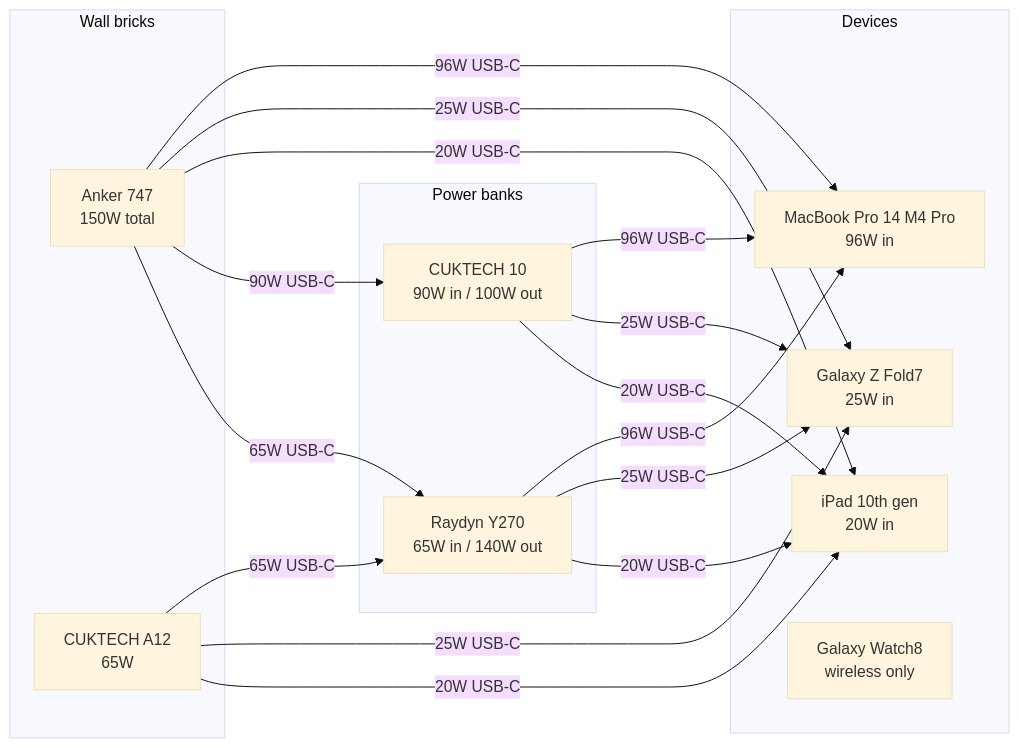
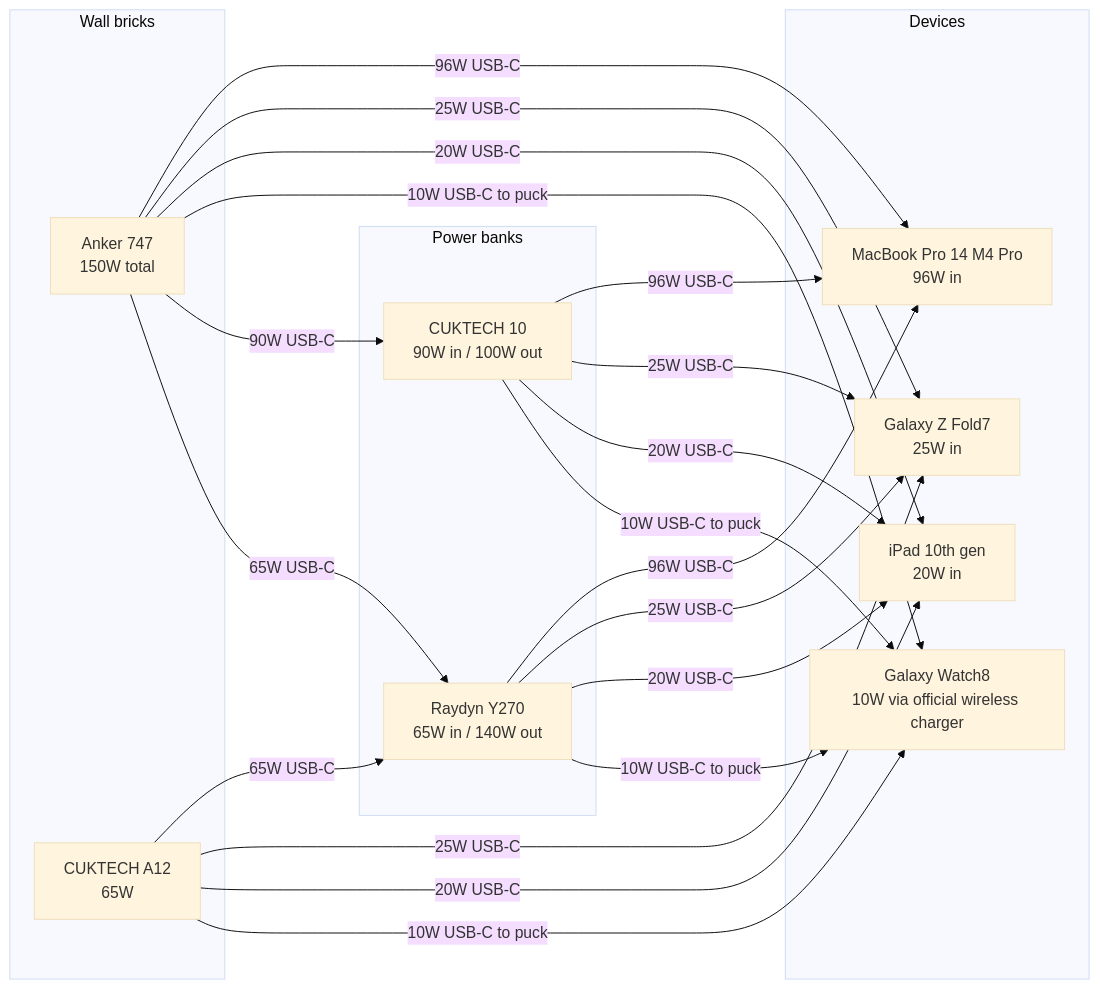
One commit to kaovilai/charge-arsenal changed the first of 2 diagrams in README.md. Above: the diagram before and after it, drawn with Mermaid (base theme). The commit also changed other lines of this file and 6 other files, not shown here.

Commit message:
Model Galaxy Watch8 as USB-C target

````diff
--- a/README.md
+++ b/README.md
@@ -47,37 +47,41 @@
 ```mermaid
 flowchart LR
     subgraph wall[Wall bricks]
         anker[Anker 747<br/>150W total]
         a12[CUKTECH A12<br/>65W]
     end
 
     subgraph banks[Power banks]
         y270[Raydyn Y270<br/>65W in / 140W out]
         cuk10[CUKTECH 10<br/>90W in / 100W out]
     end
 
     subgraph devices[Devices]
         mac[MacBook Pro 14 M4 Pro<br/>96W in]
         fold[Galaxy Z Fold7<br/>25W in]
         ipad[iPad 10th gen<br/>20W in]
-        watch[Galaxy Watch8<br/>wireless only]
+        watch[Galaxy Watch8<br/>10W via official wireless charger]
     end
 
     anker -->|96W USB-C| mac
     anker -->|25W USB-C| fold
     anker -->|20W USB-C| ipad
+    anker -->|10W USB-C to puck| watch
     anker -->|90W USB-C| cuk10
     anker -->|65W USB-C| y270
 
     a12 -->|65W USB-C| y270
     a12 -->|25W USB-C| fold
     a12 -->|20W USB-C| ipad
+    a12 -->|10W USB-C to puck| watch
 
     y270 -->|96W USB-C| mac
     y270 -->|25W USB-C| fold
     y270 -->|20W USB-C| ipad
+    y270 -->|10W USB-C to puck| watch
 
     cuk10 -->|96W USB-C| mac
     cuk10 -->|25W USB-C| fold
     cuk10 -->|20W USB-C| ipad
+    cuk10 -->|10W USB-C to puck| watch
 ```
````
